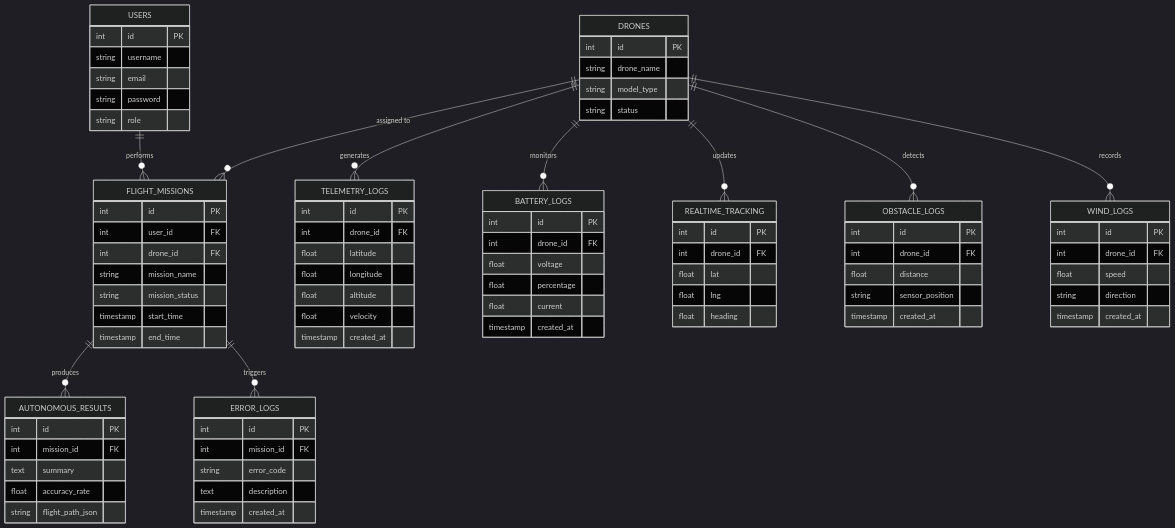
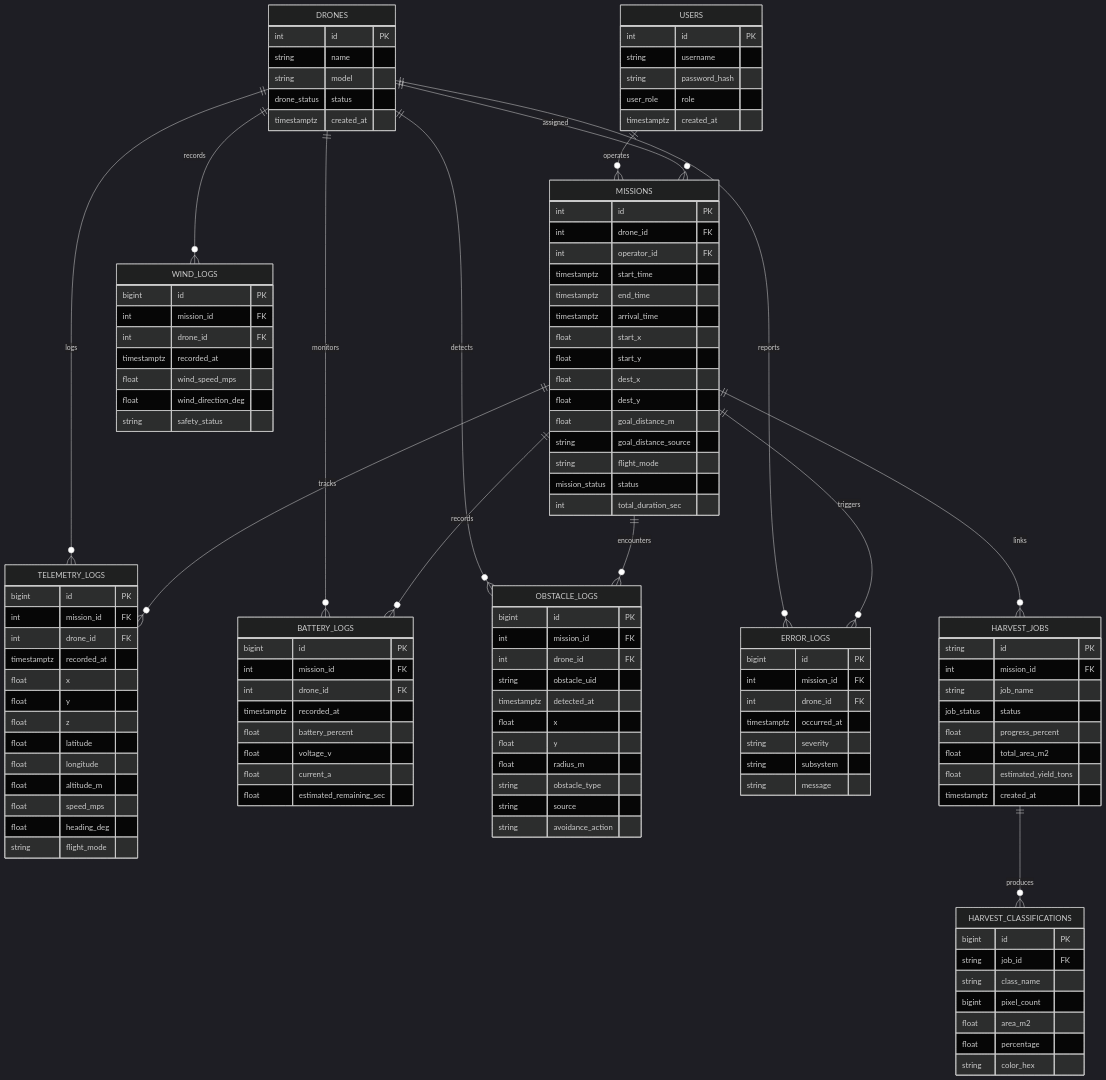
Before and after one commit to MTaufikIqball00/Harvest_Drone: the first of 3 diagrams in docs/SYSTEM_DOCUMENTATION.md, drawn with Mermaid (dark theme). The commit also changed other lines of this file and 1056 other files, not shown here.

````diff
--- a/docs/SYSTEM_DOCUMENTATION.md
+++ b/docs/SYSTEM_DOCUMENTATION.md
@@ -18,96 +17,132 @@
 ```mermaid
 erDiagram
-    USERS ||--o{ FLIGHT_MISSIONS : "performs"
-    DRONES ||--o{ TELEMETRY_LOGS : "generates"
+    USERS ||--o{ MISSIONS : "operates"
+    DRONES ||--o{ MISSIONS : "assigned"
+    DRONES ||--o{ TELEMETRY_LOGS : "logs"
     DRONES ||--o{ BATTERY_LOGS : "monitors"
-    DRONES ||--o{ REALTIME_TRACKING : "updates"
     DRONES ||--o{ OBSTACLE_LOGS : "detects"
     DRONES ||--o{ WIND_LOGS : "records"
-    FLIGHT_MISSIONS ||--o{ AUTONOMOUS_RESULTS : "produces"
-    FLIGHT_MISSIONS ||--o{ ERROR_LOGS : "triggers"
-    DRONES ||--o{ FLIGHT_MISSIONS : "assigned to"
+    DRONES ||--o{ ERROR_LOGS : "reports"
+    MISSIONS ||--o{ TELEMETRY_LOGS : "tracks"
+    MISSIONS ||--o{ BATTERY_LOGS : "records"
+    MISSIONS ||--o{ OBSTACLE_LOGS : "encounters"
+    MISSIONS ||--o{ ERROR_LOGS : "triggers"
+    MISSIONS ||--o{ HARVEST_JOBS : "links"
+    HARVEST_JOBS ||--o{ HARVEST_CLASSIFICATIONS : "produces"
 
     USERS {
         int id PK
         string username
-        string email
-        string password
-        string role
+        string password_hash
+        user_role role
+        timestamptz created_at
     }
 
     DRONES {
         int id PK
-        string drone_name
-        string model_type
-        string status
+        string name
+        string model
+        drone_status status
+        timestamptz created_at
+    }
+
+    MISSIONS {
+        int id PK
+        int drone_id FK
+        int operator_id FK
+        timestamptz start_time
+        timestamptz end_time
+        timestamptz arrival_time
+        float start_x
+        float start_y
+        float dest_x
+        float dest_y
+        float goal_distance_m
+        string goal_distance_source
+        string flight_mode
+        mission_status status
+        int total_duration_sec
     }
 
     TELEMETRY_LOGS {
-        int id PK
+        bigint id PK
+        int mission_id FK
         int drone_id FK
+        timestamptz recorded_at
+        float x
+        float y
+        float z
         float latitude
         float longitude
-        float altitude
-        float velocity
-        timestamp created_at
+        float altitude_m
+        float speed_mps
+        float heading_deg
+        string flight_mode
     }
 
     BATTERY_LOGS {
-        int id PK
+        bigint id PK
+        int mission_id FK
         int drone_id FK
-        float voltage
-        float percentage
-        float current
-        timestamp created_at
-    }
-
-    FLIGHT_MISSIONS {
-        int id PK
-        int user_id FK
-        int drone_id FK
-        string mission_name
-        string mission_status
-        timestamp start_time
-        timestamp end_time
+        timestamptz recorded_at
+        float battery_percent
+        float voltage_v
+        float current_a
+        float estimated_remaining_sec
     }
 
     OBSTACLE_LOGS {
-        int id PK
+        bigint id PK
+        int mission_id FK
         int drone_id FK
-        float distance
-        string sensor_position
-        timestamp created_at
+        string obstacle_uid
+        timestamptz detected_at
+        float x
+        float y
+        float radius_m
+        string obstacle_type
+        string source
+        string avoidance_action
     }
 
     WIND_LOGS {
-        int id PK
+        bigint id PK
+        int mission_id FK
         int drone_id FK
-        float speed
-        string direction
-        timestamp created_at
-    }
-
-    AUTONOMOUS_RESULTS {
-        int id PK
-        int mission_id FK
-        text summary
-        float accuracy_rate
-        string flight_path_json
+        timestamptz recorded_at
+        float wind_speed_mps
+        float wind_direction_deg
+        string safety_status
     }
 
     ERROR_LOGS {
-        int id PK
+        bigint id PK
         int mission_id FK
-        string error_code
-        text description
-        timestamp created_at
+        int drone_id FK
+        timestamptz occurred_at
+        string severity
+        string subsystem
+        string message
     }
 
-    REALTIME_TRACKING {
-        int id PK
-        int drone_id FK
-        float lat
-        float lng
-        float heading
+    HARVEST_JOBS {
+        string id PK
+        int mission_id FK
+        string job_name
+        job_status status
+        float progress_percent
+        float total_area_m2
+        float estimated_yield_tons
+        timestamptz created_at
+    }
+
+    HARVEST_CLASSIFICATIONS {
+        bigint id PK
+        string job_id FK
+        string class_name
+        bigint pixel_count
+        float area_m2
+        float percentage
+        string color_hex
     }
 ```
````
